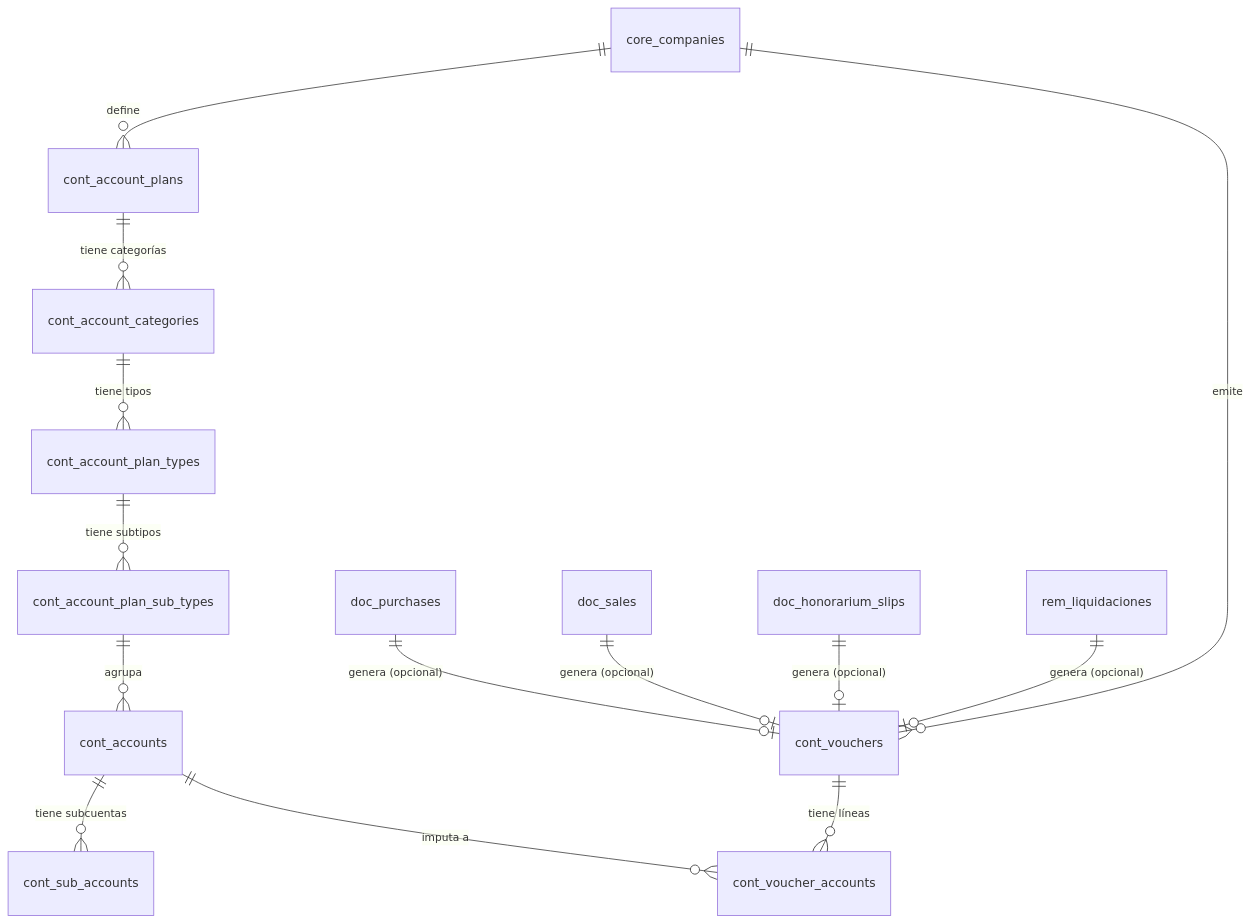
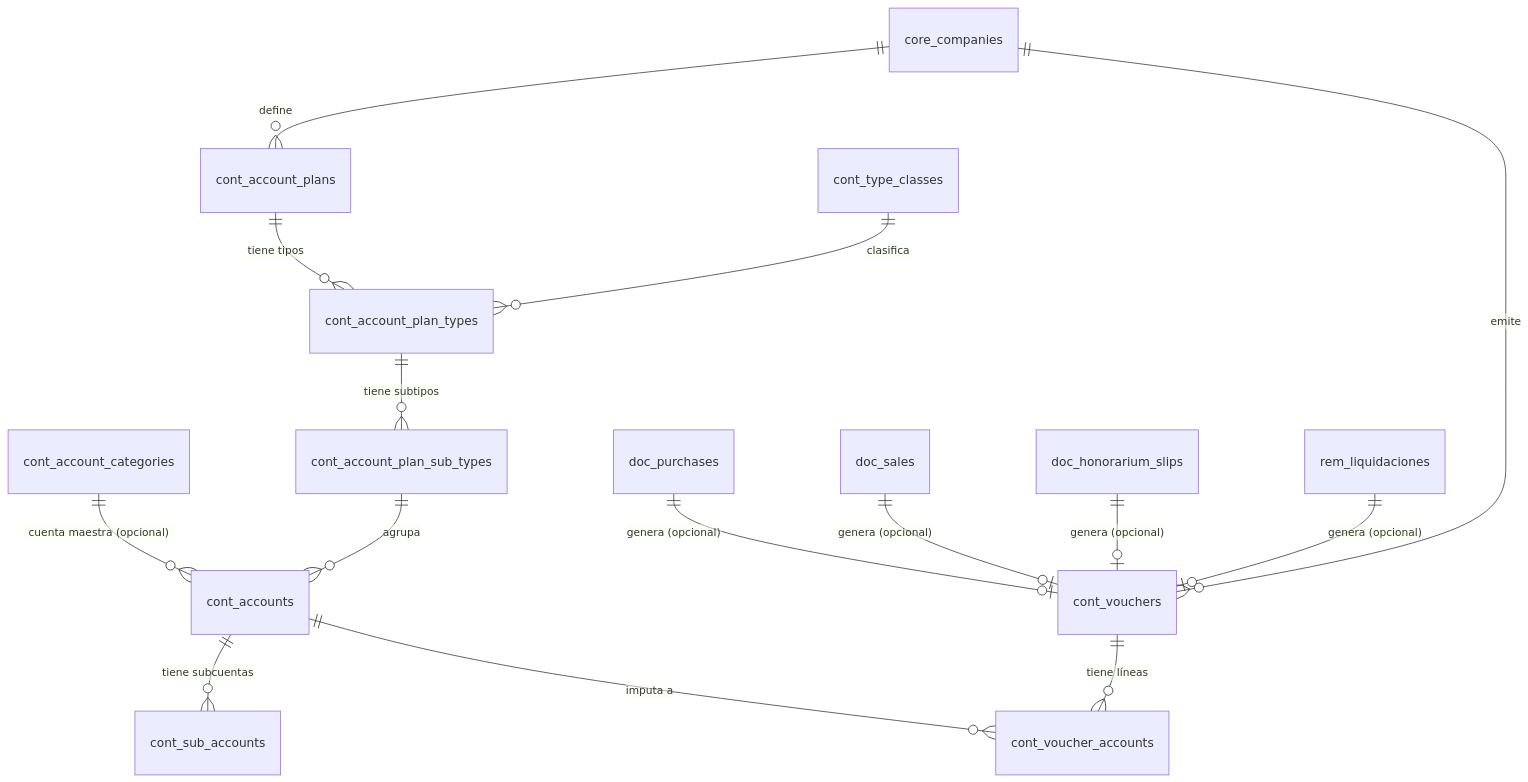
Before and after one commit to gerenciaqdoora/qdoora-references: the diagram in data-models/Contabilidad_DataModel.md, drawn with Mermaid. The commit also changed other lines of this file and 19 other files, not shown here.

````diff
--- a/data-models/Contabilidad_DataModel.md
+++ b/data-models/Contabilidad_DataModel.md
@@ -134,16 +143,17 @@
 ```mermaid
 erDiagram
     core_companies ||--o{ cont_account_plans : "define"
-    cont_account_plans ||--o{ cont_account_categories : "tiene categorías"
-    cont_account_categories ||--o{ cont_account_plan_types : "tiene tipos"
+    cont_account_plans ||--o{ cont_account_plan_types : "tiene tipos"
+    cont_type_classes ||--o{ cont_account_plan_types : "clasifica"
+    cont_account_categories ||--o{ cont_accounts : "cuenta maestra (opcional)"
     cont_account_plan_types ||--o{ cont_account_plan_sub_types : "tiene subtipos"
     cont_account_plan_sub_types ||--o{ cont_accounts : "agrupa"
     cont_accounts ||--o{ cont_sub_accounts : "tiene subcuentas"
     core_companies ||--o{ cont_vouchers : "emite"
     cont_vouchers ||--o{ cont_voucher_accounts : "tiene líneas"
     cont_accounts ||--o{ cont_voucher_accounts : "imputa a"
     doc_purchases ||--o| cont_vouchers : "genera (opcional)"
     doc_sales ||--o| cont_vouchers : "genera (opcional)"
     doc_honorarium_slips ||--o| cont_vouchers : "genera (opcional)"
     rem_liquidaciones ||--o| cont_vouchers : "genera (opcional)"
 ```
````
